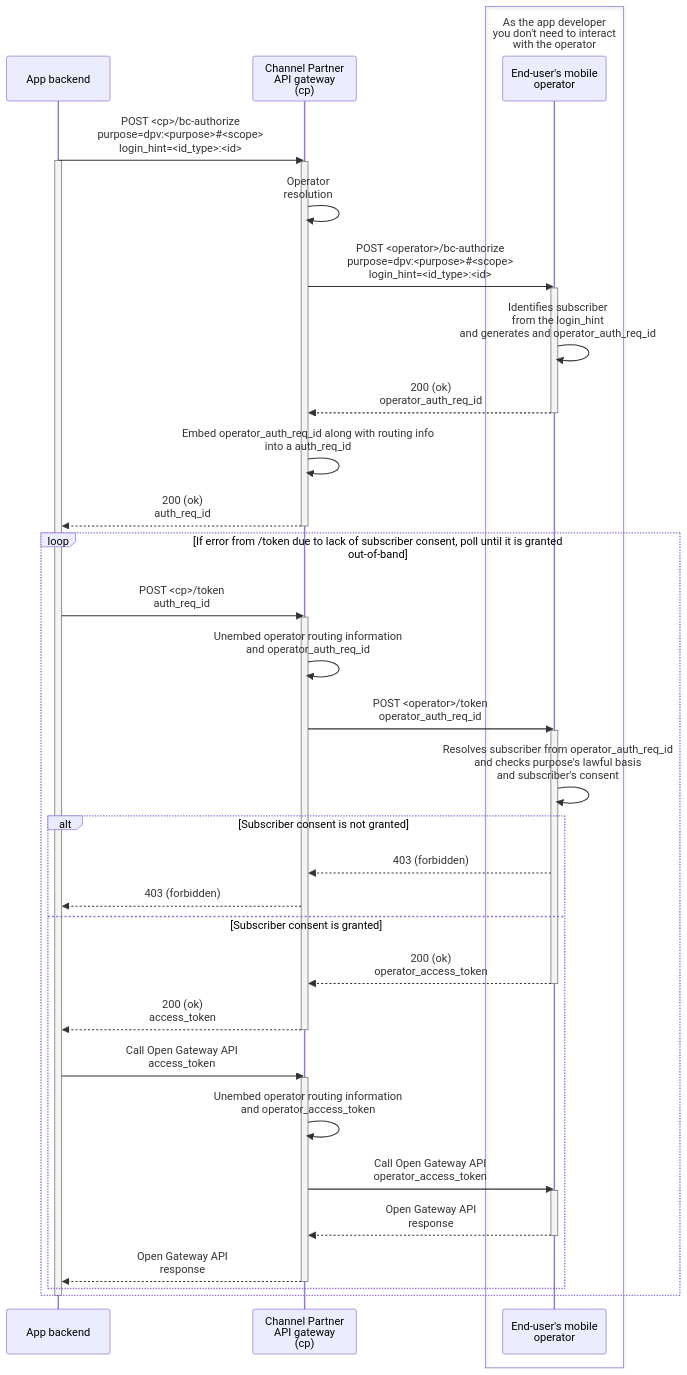
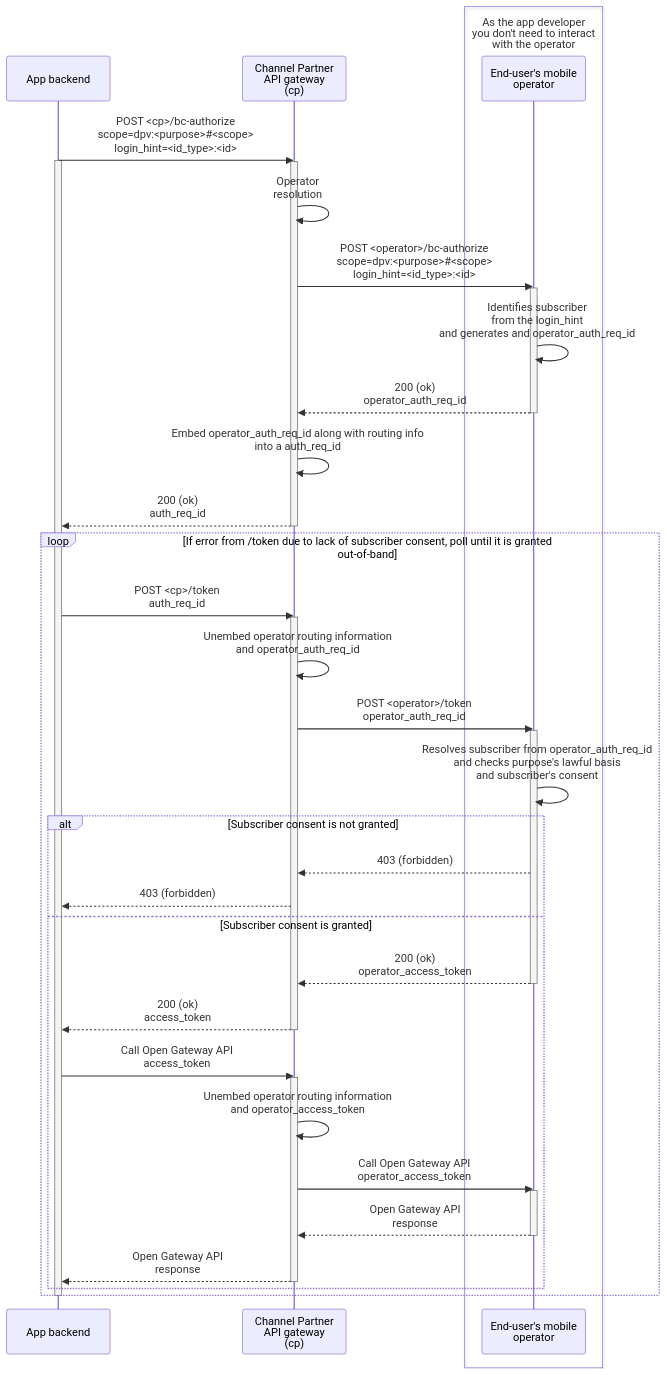
The diagram in callflows/authorization/diagrams/backend.mermaid (Telefonica/opengateway-developers-website), drawn with Mermaid before and after one commit. The commit also changed 18 other files, not shown here.

```diff
--- a/callflows/authorization/diagrams/backend.mermaid
+++ b/callflows/authorization/diagrams/backend.mermaid
@@ -1,46 +1,46 @@
 sequenceDiagram
 participant BE as App backend
 participant CP as Channel Partner<br/>API gateway<br/>(cp)
 box As the app developer<br/>you don't need to interact<br/>with the operator
     participant OP as End-user's mobile<br/>operator
 end
 
-BE->>CP: POST <cp>/bc-authorize<br/>purpose=dpv:<purpose>#35;<scope><br/>login_hint=<id_type>:<id>
+BE->>CP: POST <cp>/bc-authorize<br/>scope=dpv:<purpose>#35;<scope><br/>login_hint=<id_type>:<id>
 activate BE
     activate CP
         CP->>CP: Operator<br/>resolution
-        CP->>OP: POST <operator>/bc-authorize<br/>purpose=dpv:<purpose>#35;<scope><br/>login_hint=<id_type>:<id>
+        CP->>OP: POST <operator>/bc-authorize<br/>scope=dpv:<purpose>#35;<scope><br/>login_hint=<id_type>:<id>
         activate OP
                 OP->>OP: Identifies subscriber<br/>from the login_hint<br/>and generates and operator_auth_req_id
             OP-->>CP: 200 (ok)<br/>operator_auth_req_id
         deactivate OP
         CP->>CP: Embed operator_auth_req_id along with routing info<br/>into a auth_req_id
         CP-->>BE: 200 (ok)<br/>auth_req_id
     deactivate CP
     loop If error from /token due to lack of subscriber consent, poll until it is granted out-of-band
         BE->>CP: POST <cp>/token<br/>auth_req_id
         activate CP
             CP->>CP: Unembed operator routing information<br/>and operator_auth_req_id
             CP->>OP: POST <operator>/token<br/>operator_auth_req_id
             activate OP
                 OP->>OP: Resolves subscriber from operator_auth_req_id<br/>and checks purpose's lawful basis<br/>and subscriber's consent
                 alt Subscriber consent is not granted
                     OP-->>CP: 403 (forbidden)
                     CP-->>BE: 403 (forbidden)
                 else Subscriber consent is granted
                     OP-->>CP: 200 (ok)<br/>operator_access_token
                 deactivate OP
                 CP-->>BE: 200 (ok)<br/>access_token
             deactivate CP
             BE->>CP: Call Open Gateway API<br/>access_token
             activate CP
                 CP->>CP: Unembed operator routing information<br/>and operator_access_token
                 CP->>OP: Call Open Gateway API<br/>operator_access_token
                 activate OP
                     OP-->>CP: Open Gateway API<br/>response
                 deactivate OP
                 CP-->>BE: Open Gateway API<br/>response
             deactivate CP
         end
     end
 deactivate BE
```
